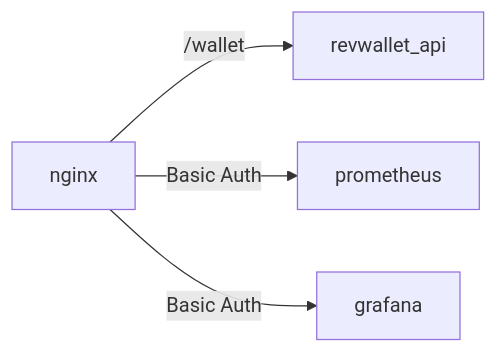
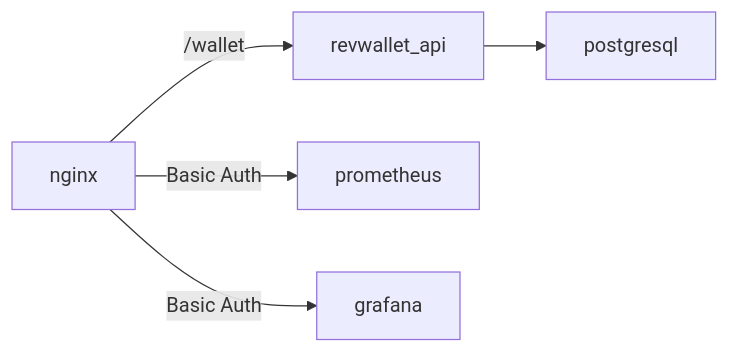
The diagram in README.md (arthurjguerra/revwallet), drawn with Mermaid before and after one commit.

Commit message:
feat: add arch diagram

````diff
--- a/README.md
+++ b/README.md
@@ -6,6 +6,7 @@
 ```mermaid
 flowchart LR
   nginx -- /wallet --> revwallet_api
   nginx -- Basic Auth --> prometheus
   nginx -- Basic Auth --> grafana
+  revwallet_api --> postgresql
 ```
````
